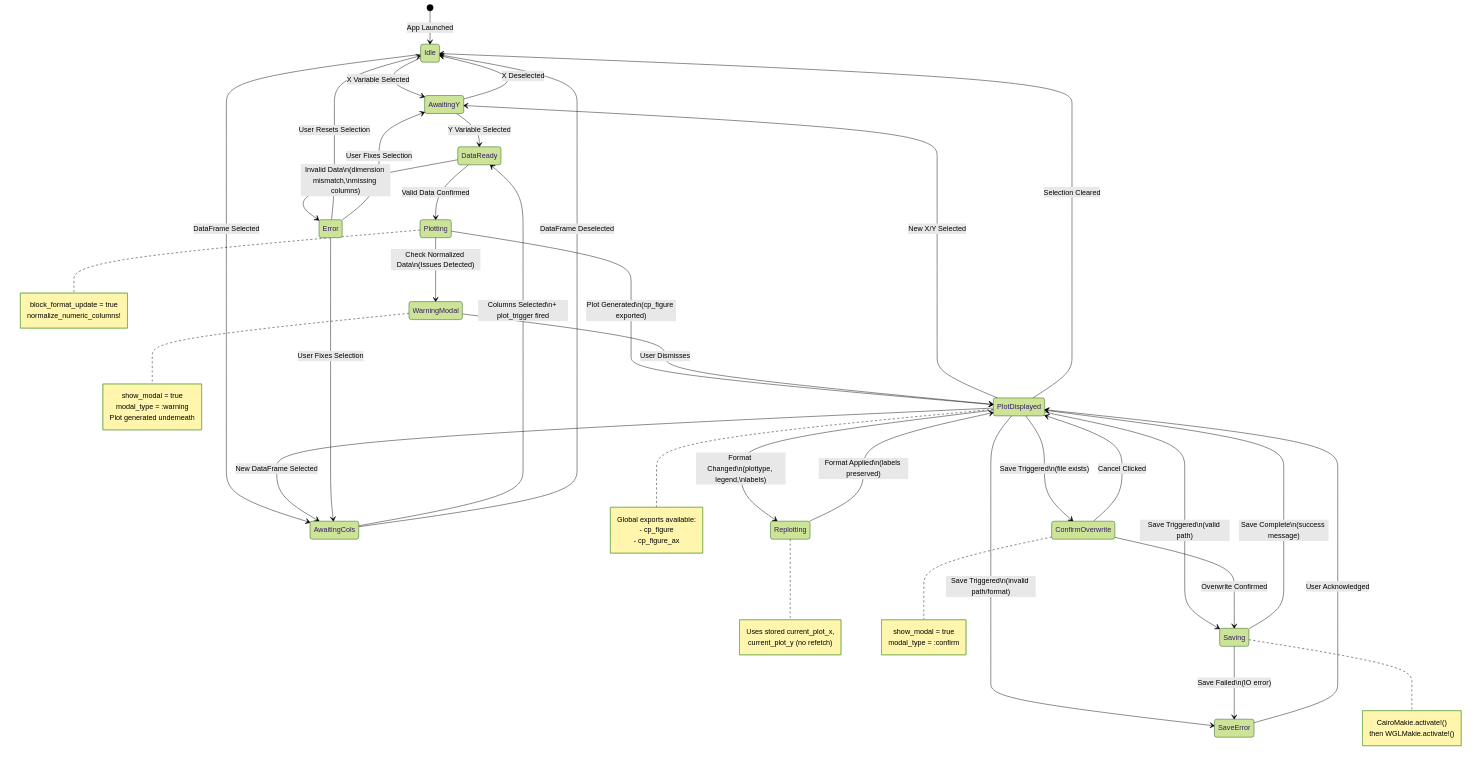
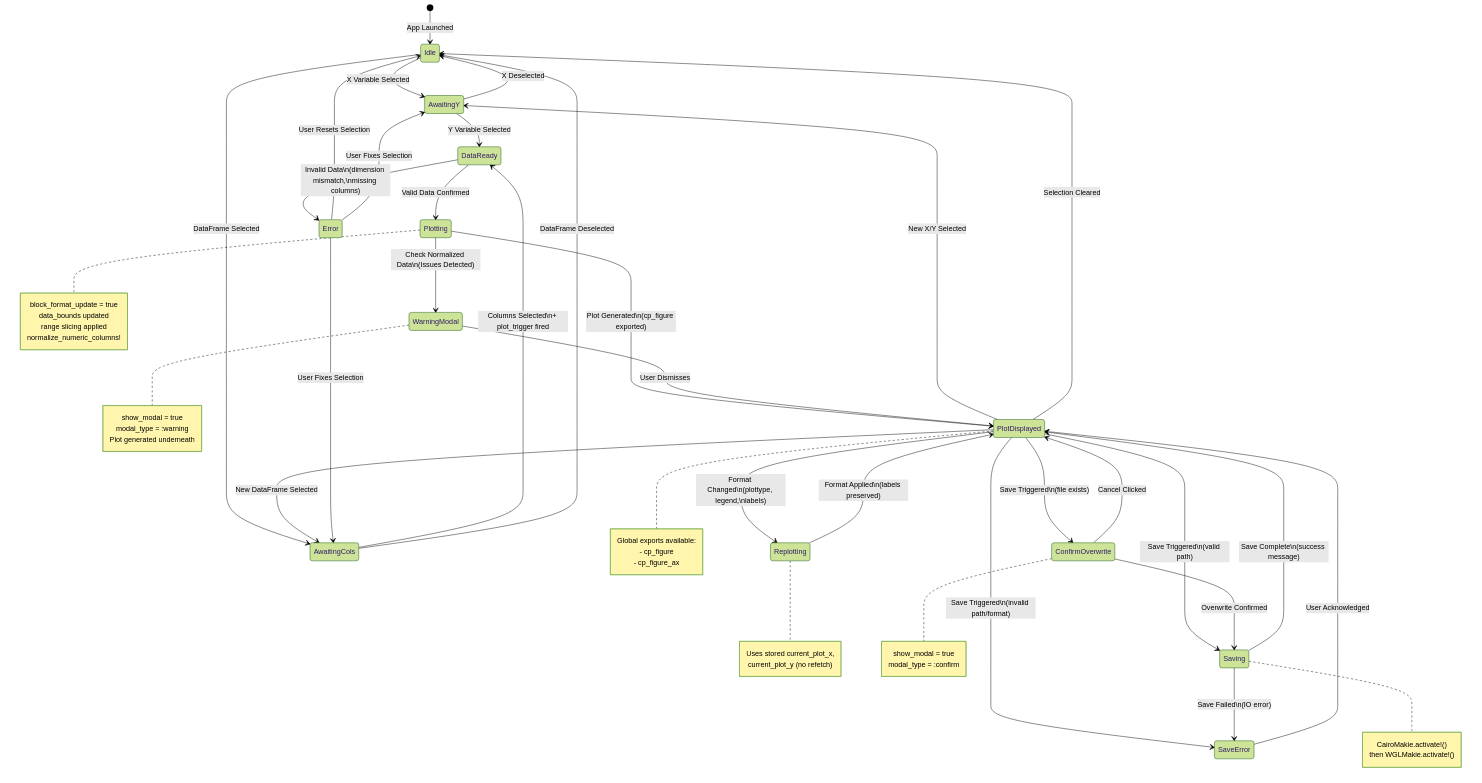
Before and after one commit to Eben60/CasualPlots.jl: the diagram in AGENTS_more_info/Mermaid/state_transition_map.md, drawn with Mermaid (forest theme). The commit also changed 17 other files, not shown here.

Commit message:
implement input data range selection

````diff
--- a/AGENTS_more_info/Mermaid/state_transition_map.md
+++ b/AGENTS_more_info/Mermaid/state_transition_map.md
@@ -5,78 +5,80 @@
 ```mermaid
 stateDiagram-v2
     [*] --> Idle: App Launched
     
     Idle --> AwaitingY: X Variable Selected
     Idle --> AwaitingCols: DataFrame Selected
     
     AwaitingY --> DataReady: Y Variable Selected
     AwaitingY --> Idle: X Deselected
     
     AwaitingCols --> DataReady: Columns Selected\n+ plot_trigger fired
     AwaitingCols --> Idle: DataFrame Deselected
     
     DataReady --> Plotting: Valid Data Confirmed
     DataReady --> Error: Invalid Data\n(dimension mismatch,\nmissing columns)
     
     Plotting --> PlotDisplayed: Plot Generated\n(cp_figure exported)
     Plotting --> WarningModal: Check Normalized Data\n(Issues Detected)
     
     WarningModal --> PlotDisplayed: User Dismisses
     
     PlotDisplayed --> Replotting: Format Changed\n(plottype, legend,\nlabels)
     
     Replotting --> PlotDisplayed: Format Applied\n(labels preserved)
     
     PlotDisplayed --> AwaitingY: New X/Y Selected
     PlotDisplayed --> AwaitingCols: New DataFrame Selected
     PlotDisplayed --> Idle: Selection Cleared
     
     %% Save Flow
     PlotDisplayed --> Saving: Save Triggered\n(valid path)
     PlotDisplayed --> SaveError: Save Triggered\n(invalid path/format)
     PlotDisplayed --> ConfirmOverwrite: Save Triggered\n(file exists)
     
     ConfirmOverwrite --> Saving: Overwrite Confirmed
     ConfirmOverwrite --> PlotDisplayed: Cancel Clicked
     
     Saving --> PlotDisplayed: Save Complete\n(success message)
     Saving --> SaveError: Save Failed\n(IO error)
     
     SaveError --> PlotDisplayed: User Acknowledged
     
     Error --> Idle: User Resets Selection
     Error --> AwaitingY: User Fixes Selection
     Error --> AwaitingCols: User Fixes Selection
     
     note right of Plotting
         block_format_update = true
+        data_bounds updated
+        range slicing applied
         normalize_numeric_columns!
     end note
     
     note right of Replotting
         Uses stored current_plot_x,
         current_plot_y (no refetch)
     end note
     
     note right of PlotDisplayed
         Global exports available:
         - cp_figure
         - cp_figure_ax
     end note
     
     note right of Saving
         CairoMakie.activate!()
         then WGLMakie.activate!()
     end note
     
     note right of ConfirmOverwrite
         show_modal = true
         modal_type = :confirm
     end note
 
     note right of WarningModal
         show_modal = true
         modal_type = :warning
         Plot generated underneath
     end note
 ```
````
